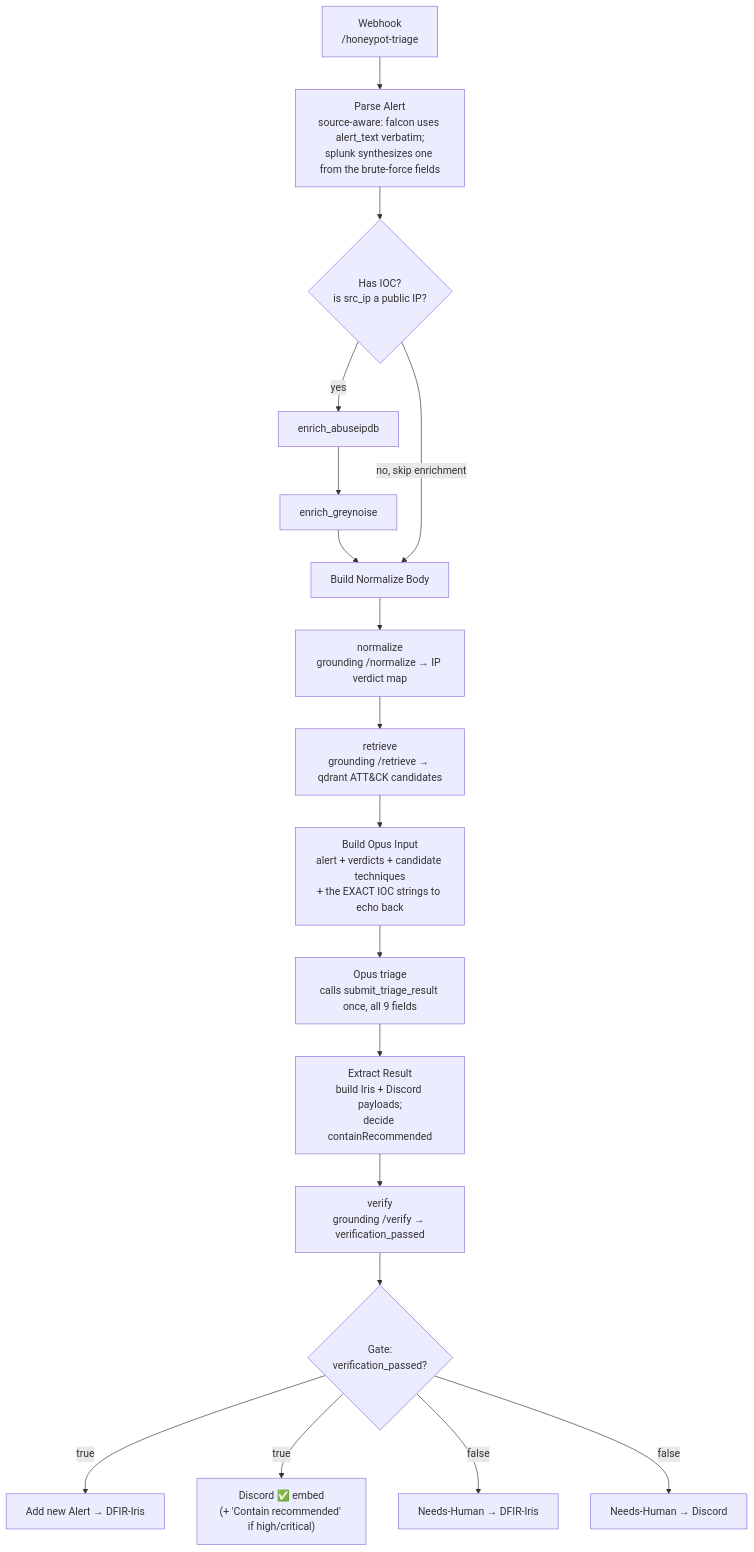
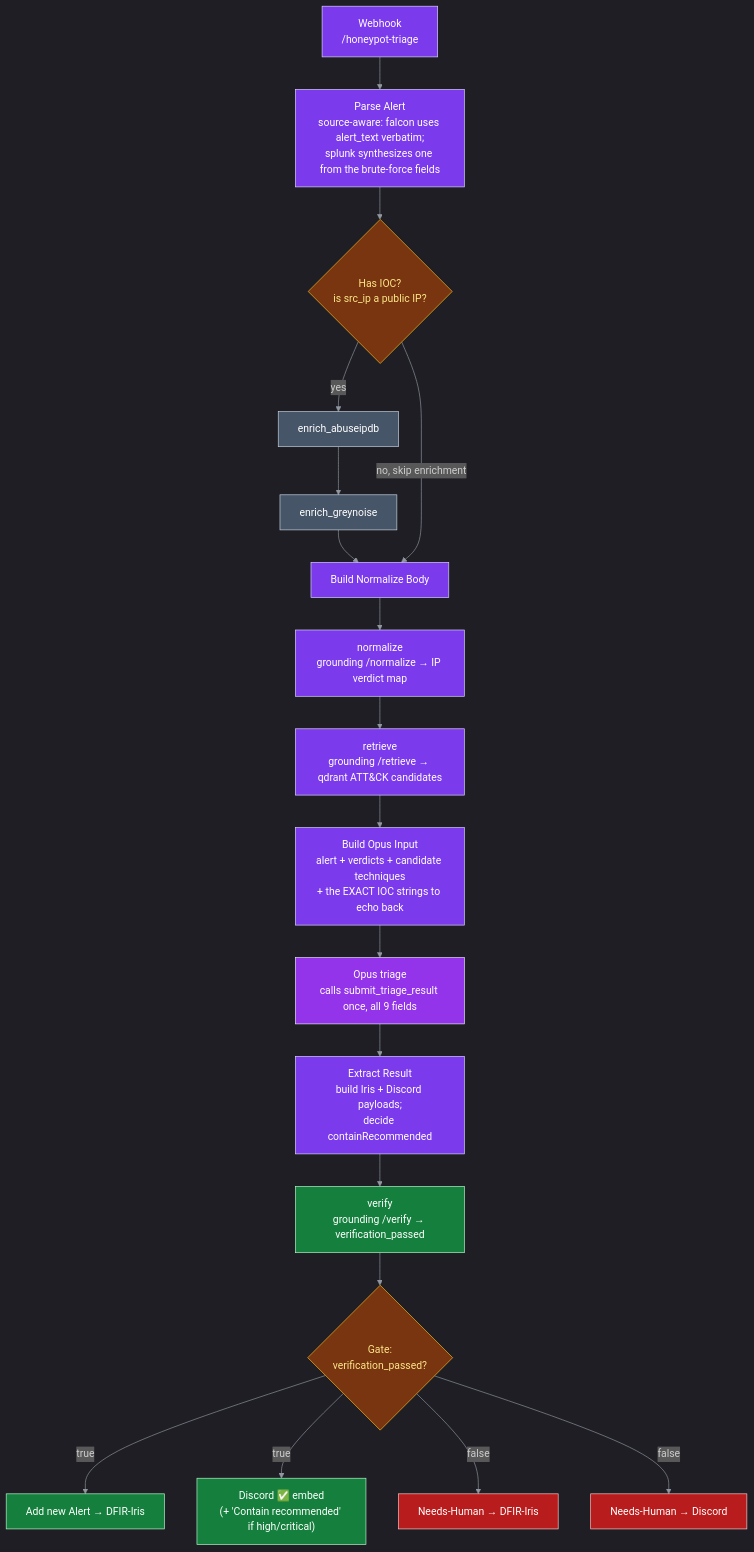
One commit to Armando-ic/soc-automation-honeypot-project changed the second of 5 diagrams in infra/honeypot/ARCHITECTURE.md. Above: the diagram before and after it, drawn with Mermaid. The commit also changed other lines of this file and 2 other files, not shown here.

````diff
--- a/infra/honeypot/ARCHITECTURE.md
+++ b/infra/honeypot/ARCHITECTURE.md
@@ -111,18 +129,32 @@
 ```mermaid
+%%{init: {'theme':'dark','themeVariables':{'lineColor':'#9198a1'}}}%%
 flowchart TB
   WH["Webhook<br/>/honeypot-triage"] --> PA["Parse Alert<br/>source-aware: falcon uses alert_text verbatim;<br/>splunk synthesizes one from the brute-force fields"]
   PA --> HI{"Has IOC?<br/>is src_ip a public IP?"}
   HI -->|yes| AB["enrich_abuseipdb"] --> GN["enrich_greynoise"] --> BN["Build Normalize Body"]
-  HI -->|no, skip enrichment| BN
+  HI -->|"no, skip enrichment"| BN
   BN --> NM["normalize<br/>grounding /normalize → IP verdict map"]
   NM --> RT["retrieve<br/>grounding /retrieve → qdrant ATT&CK candidates"]
   RT --> BO["Build Opus Input<br/>alert + verdicts + candidate techniques<br/>+ the EXACT IOC strings to echo back"]
   BO --> OP["Opus triage<br/>calls submit_triage_result once, all 9 fields"]
   OP --> EX["Extract Result<br/>build Iris + Discord payloads;<br/>decide containRecommended"]
   EX --> VF["verify<br/>grounding /verify → verification_passed"]
   VF --> GT{"Gate:<br/>verification_passed?"}
   GT -->|true| IR["Add new Alert → DFIR-Iris"]
   GT -->|true| DC["Discord ✅ embed<br/>(+ 'Contain recommended' if high/critical)"]
   GT -->|false| NHI["Needs-Human → DFIR-Iris"]
   GT -->|false| NHD["Needs-Human → Discord"]
+  classDef brain fill:#7c3aed,stroke:#ddd6fe,color:#fff
+  classDef llm fill:#9333ea,stroke:#ede9fe,color:#fff
+  classDef ext fill:#475569,stroke:#cbd5e1,color:#fff
+  classDef good fill:#15803d,stroke:#bbf7d0,color:#fff
+  classDef gate fill:#78350f,stroke:#fbbf24,color:#fde68a
+  classDef fail fill:#b91c1c,stroke:#fecaca,color:#fff
+  class WH,PA,BN,NM,RT,BO,EX brain
+  class OP llm
+  class AB,GN ext
+  class VF good
+  class HI,GT gate
+  class IR,DC good
+  class NHI,NHD fail
 ```
````
